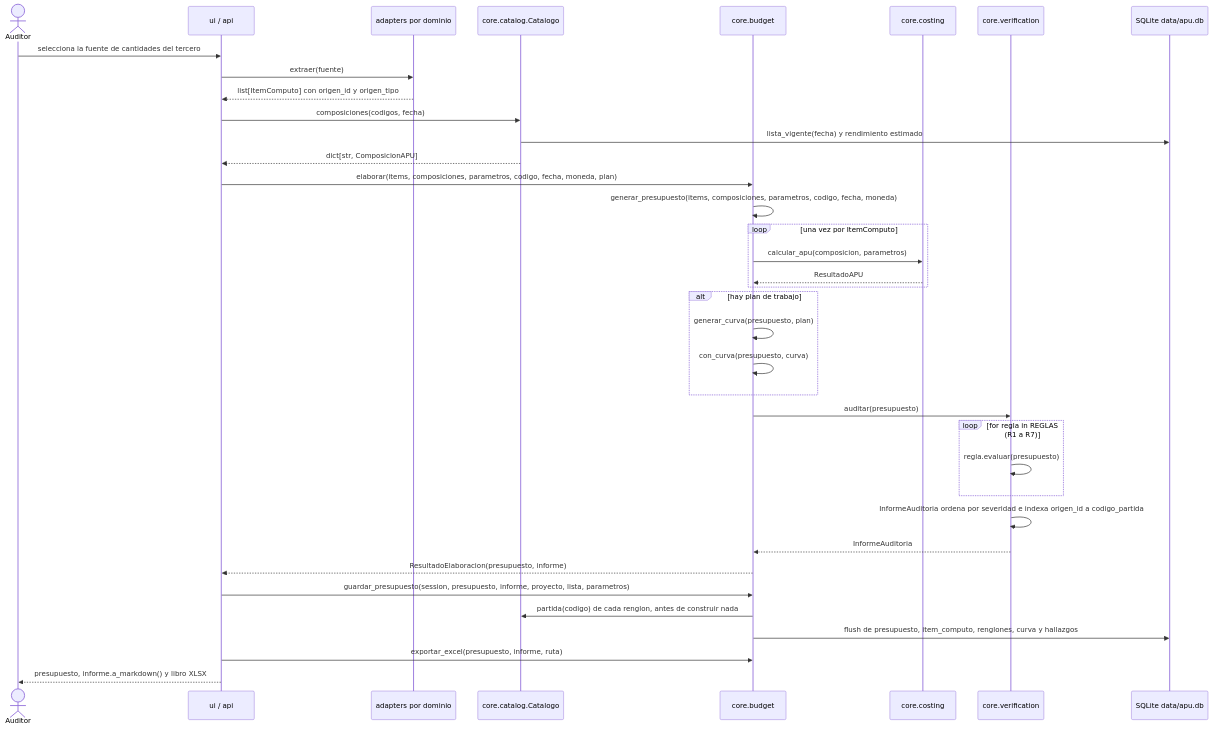
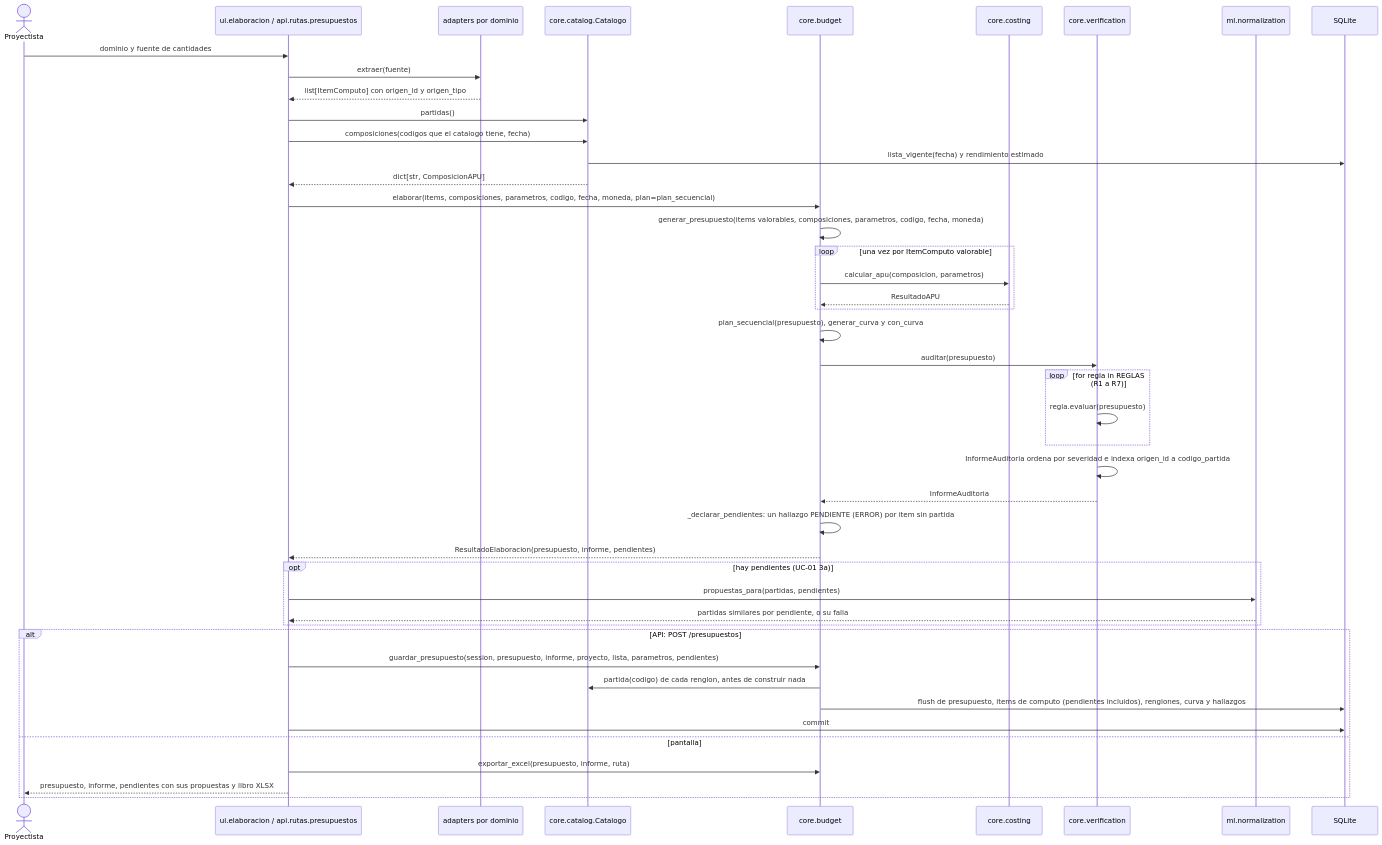
The fifth of 8 diagrams in docs/arquitectura.md (EugenioRRijo/silice), drawn with Mermaid before and after one commit. The commit also changed other lines of this file, not shown here.

First line of the commit message:
docs(arquitectura): vistas 4+1 regeneradas contra el codigo

````diff
--- a/docs/arquitectura.md
+++ b/docs/arquitectura.md
@@ -662,40 +928,48 @@
 ```mermaid
 sequenceDiagram
-    actor Auditor
-    participant UI as ui / api
+    actor P as Proyectista
+    participant PRE as ui.elaboracion / api.rutas.presupuestos
     participant AD as adapters por dominio
     participant CAT as core.catalog.Catalogo
     participant BUD as core.budget
     participant COS as core.costing
     participant VER as core.verification
-    participant DB as SQLite data/apu.db
+    participant ML as ml.normalization
+    participant DB as SQLite
 
-    Auditor->>UI: selecciona la fuente de cantidades del tercero
-    UI->>AD: extraer(fuente)
-    AD-->>UI: list[ItemComputo] con origen_id y origen_tipo
-    UI->>CAT: composiciones(codigos, fecha)
+    P->>PRE: dominio y fuente de cantidades
+    PRE->>AD: extraer(fuente)
+    AD-->>PRE: list[ItemComputo] con origen_id y origen_tipo
+    PRE->>CAT: partidas()
+    PRE->>CAT: composiciones(codigos que el catalogo tiene, fecha)
     CAT->>DB: lista_vigente(fecha) y rendimiento estimado
-    CAT-->>UI: dict[str, ComposicionAPU]
-    UI->>BUD: elaborar(items, composiciones, parametros, codigo, fecha, moneda, plan)
-    BUD->>BUD: generar_presupuesto(items, composiciones, parametros, codigo, fecha, moneda)
-    loop una vez por ItemComputo
+    CAT-->>PRE: dict[str, ComposicionAPU]
+    PRE->>BUD: elaborar(items, composiciones, parametros, codigo, fecha, moneda, plan=plan_secuencial)
+    BUD->>BUD: generar_presupuesto(items valorables, composiciones, parametros, codigo, fecha, moneda)
+    loop una vez por ItemComputo valorable
         BUD->>COS: calcular_apu(composicion, parametros)
         COS-->>BUD: ResultadoAPU
     end
-    alt hay plan de trabajo
-        BUD->>BUD: generar_curva(presupuesto, plan)
-        BUD->>BUD: con_curva(presupuesto, curva)
-    end
+    BUD->>BUD: plan_secuencial(presupuesto), generar_curva y con_curva
     BUD->>VER: auditar(presupuesto)
     loop for regla in REGLAS (R1 a R7)
         VER->>VER: regla.evaluar(presupuesto)
     end
     VER->>VER: InformeAuditoria ordena por severidad e indexa origen_id a codigo_partida
     VER-->>BUD: InformeAuditoria
-    BUD-->>UI: ResultadoElaboracion(presupuesto, informe)
-    UI->>BUD: guardar_presupuesto(session, presupuesto, informe, proyecto, lista, parametros)
-    BUD->>CAT: partida(codigo) de cada renglon, antes de construir nada
-    BUD->>DB: flush de presupuesto, item_computo, renglones, curva y hallazgos
-    UI->>BUD: exportar_excel(presupuesto, informe, ruta)
-    UI-->>Auditor: presupuesto, informe.a_markdown() y libro XLSX
+    BUD->>BUD: _declarar_pendientes: un hallazgo PENDIENTE (ERROR) por item sin partida
+    BUD-->>PRE: ResultadoElaboracion(presupuesto, informe, pendientes)
+    opt hay pendientes (UC-01 3a)
+        PRE->>ML: propuestas_para(partidas, pendientes)
+        ML-->>PRE: partidas similares por pendiente, o su falla
+    end
+    alt API: POST /presupuestos
+        PRE->>BUD: guardar_presupuesto(session, presupuesto, informe, proyecto, lista, parametros, pendientes)
+        BUD->>CAT: partida(codigo) de cada renglon, antes de construir nada
+        BUD->>DB: flush de presupuesto, items de computo (pendientes incluidos), renglones, curva y hallazgos
+        PRE->>DB: commit
+    else pantalla
+        PRE->>BUD: exportar_excel(presupuesto, informe, ruta)
+        PRE-->>P: presupuesto, informe, pendientes con sus propuestas y libro XLSX
+    end
 ```
````
